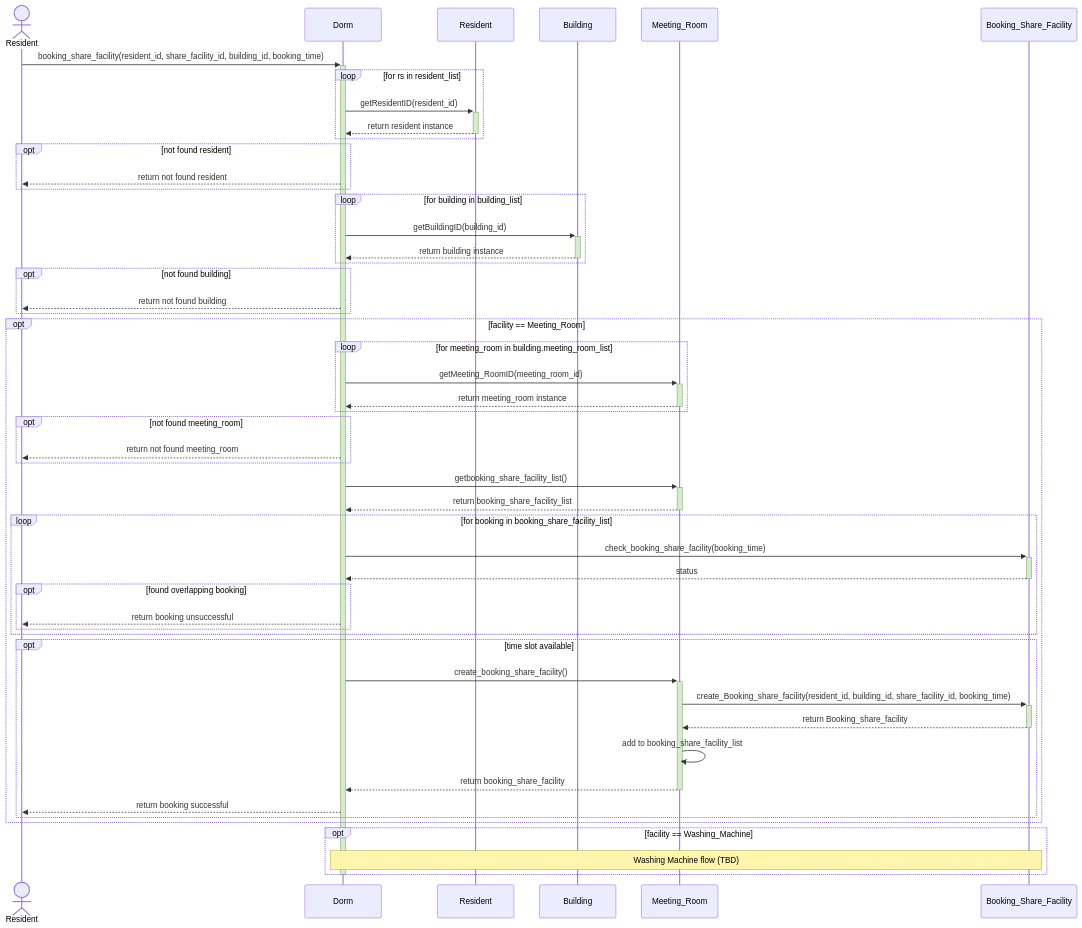
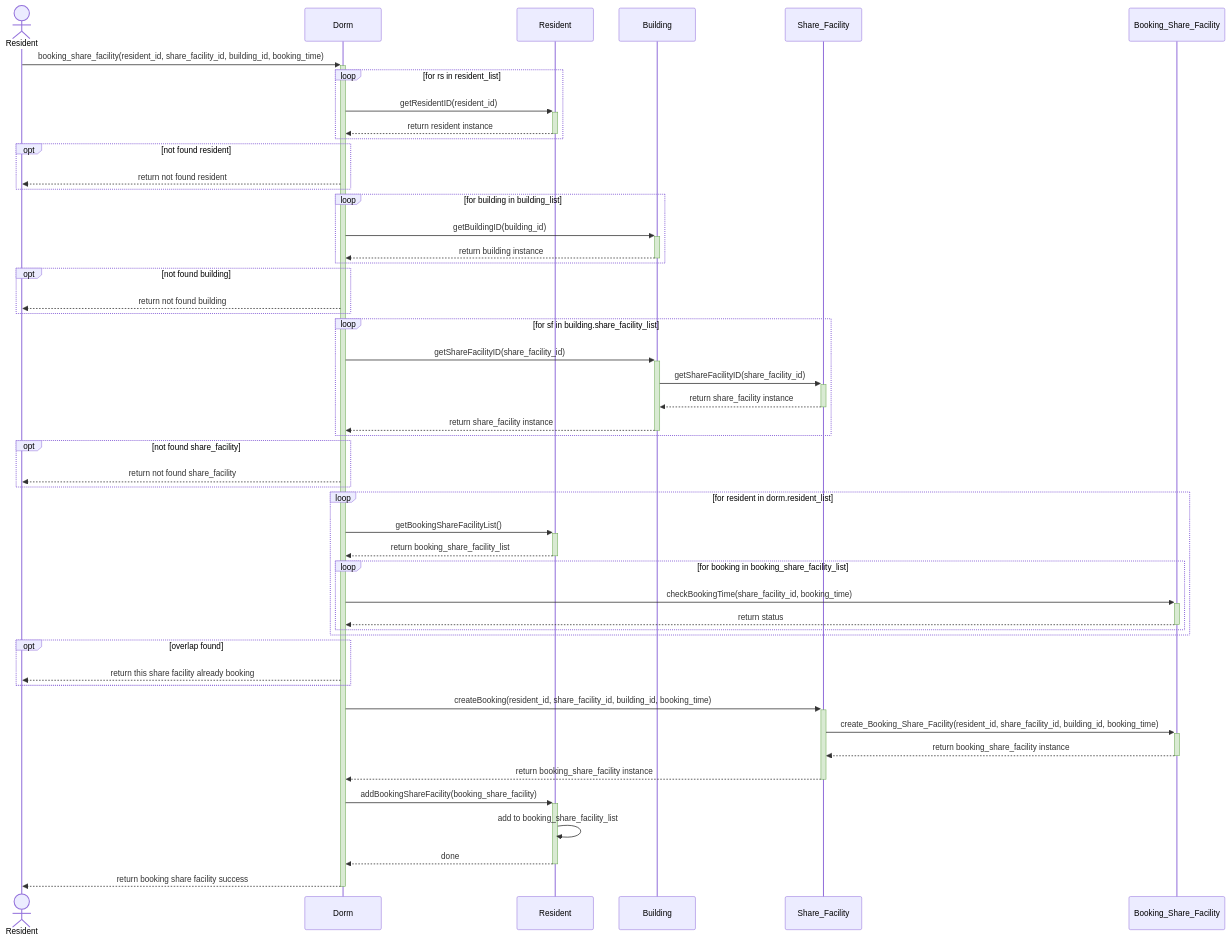
The diagram in sequence/booking_share_facility/booking_share_facility.mmd (rnjjkk/Ducky-Dicka), drawn with Mermaid before and after one commit.

Commit message:
change alt to opt last line in booking_share_facility sequence

```diff
--- a/sequence/booking_share_facility/booking_share_facility.mmd
+++ b/sequence/booking_share_facility/booking_share_facility.mmd
@@ -1,74 +1,66 @@
 %%{init: {'theme': 'default', 'themeVariables': {'activationBkgColor': '#d9ead3', 'activationBorderColor': '#6aa84f'}}}%%
 sequenceDiagram
     actor User as Resident
     participant D as Dorm
     participant R as Resident
     participant B as Building
-    participant M as Meeting_Room
+    participant SF as Share_Facility
     participant BSF as Booking_Share_Facility
 
     User ->>+ D: booking_share_facility(resident_id, share_facility_id, building_id, booking_time)
 
-    %% 1. ค้นหา Resident
     loop for rs in resident_list
         D ->>+ R: getResidentID(resident_id)
         R -->>- D: return resident instance
     end
 
     opt not found resident
         D -->> User: return not found resident
     end
 
-    %% 2. ค้นหา Building
     loop for building in building_list
         D ->>+ B: getBuildingID(building_id)
         B -->>- D: return building instance
     end
 
     opt not found building
         D -->> User: return not found building
     end
 
-    %% 3. ตรวจสอบ Facility == Meeting_Room
-    opt facility == Meeting_Room
+    loop for sf in building.share_facility_list
+        D ->>+ B: getShareFacilityID(share_facility_id)
+        B ->>+ SF: getShareFacilityID(share_facility_id)
+        SF -->>- B: return share_facility instance
+        B -->>- D: return share_facility instance
+    end
 
-        loop for meeting_room in building.meeting_room_list
-            D ->>+ M: getMeeting_RoomID(meeting_room_id)
-            M -->>- D: return meeting_room instance
-        end
+    opt not found share_facility
+        D -->> User: return not found share_facility
+    end
 
-        opt not found meeting_room
-            D -->> User: return not found meeting_room
-        end
-
-        %% 4. ดึงข้อมูลและตรวจสอบเวลาการจอง
-        D ->>+ M: getbooking_share_facility_list()
-        M -->>- D: return booking_share_facility_list
+    loop for resident in dorm.resident_list
+        D ->>+ R: getBookingShareFacilityList()
+        R -->>- D: return booking_share_facility_list
 
         loop for booking in booking_share_facility_list
-            D ->>+ BSF: check_booking_share_facility(booking_time)
-            BSF -->>- D: status
-
-            opt found overlapping booking
-                D -->> User: return booking unsuccessful
-            end
+            D ->>+ BSF: checkBookingTime(share_facility_id, booking_time)
+            BSF -->>- D: return status
         end
-
-        %% 5. ทำการจอง (กรณีเวลาว่าง)
-        opt time slot available
-            D ->>+ M: create_booking_share_facility()
-            M ->>+ BSF: create_Booking_share_facility(resident_id, building_id, share_facility_id, booking_time)
-            BSF -->>- M: return Booking_share_facility
-            M ->> M: add to booking_share_facility_list
-            M -->>- D: return booking_share_facility
-            D -->> User: return booking successful
-        end
-
     end
 
-    %% เผื่อกรณี Facility เป็นประเภทอื่น
-    opt facility == Washing_Machine
-        Note over D,BSF: Washing Machine flow (TBD)
+    opt overlap found
+        D -->> User: return this share facility already booking
     end
 
+    D ->>+ SF: createBooking(resident_id, share_facility_id, building_id, booking_time)
+    SF ->>+ BSF: create_Booking_Share_Facility(resident_id, share_facility_id, building_id, booking_time)
+    BSF -->>- SF: return booking_share_facility instance
+    SF -->>- D: return booking_share_facility instance
+
+    D ->>+ R: addBookingShareFacility(booking_share_facility)
+    R ->> R: add to booking_share_facility_list
+    R -->>- D: done
+
+    D -->> User: return booking share facility success
+
     deactivate D
```
